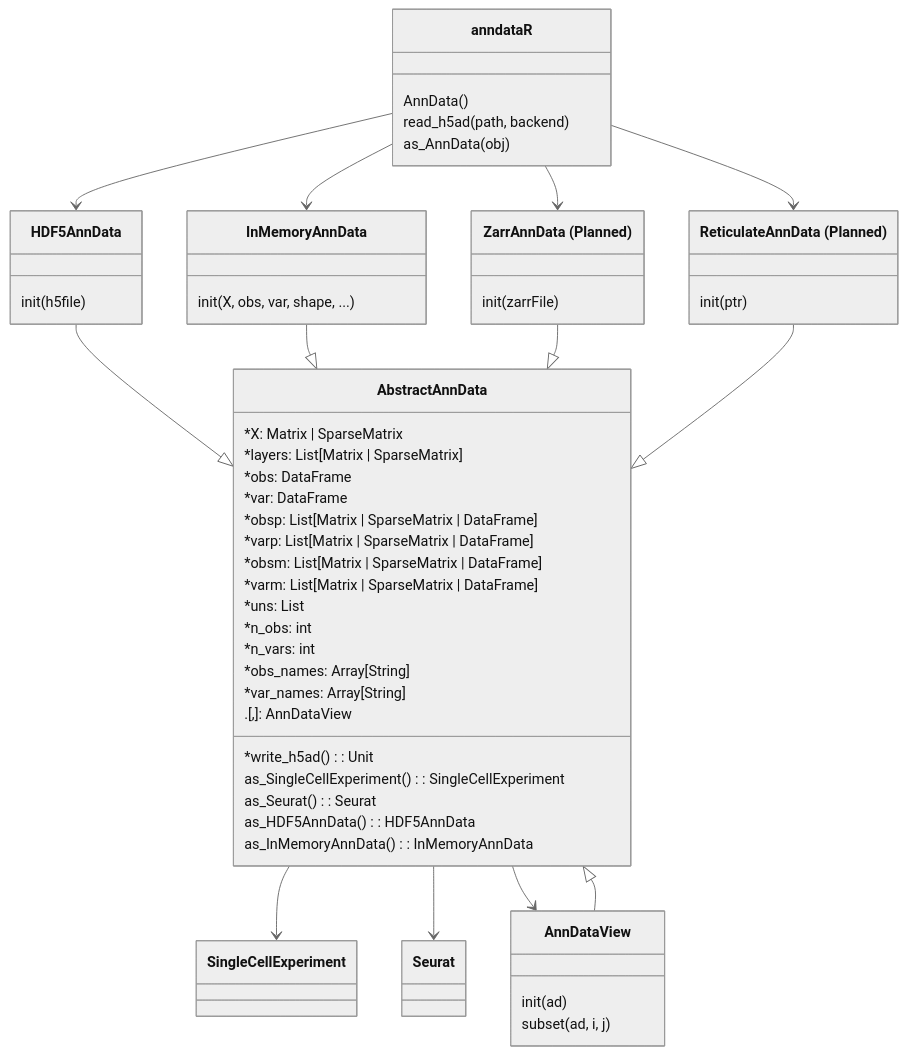
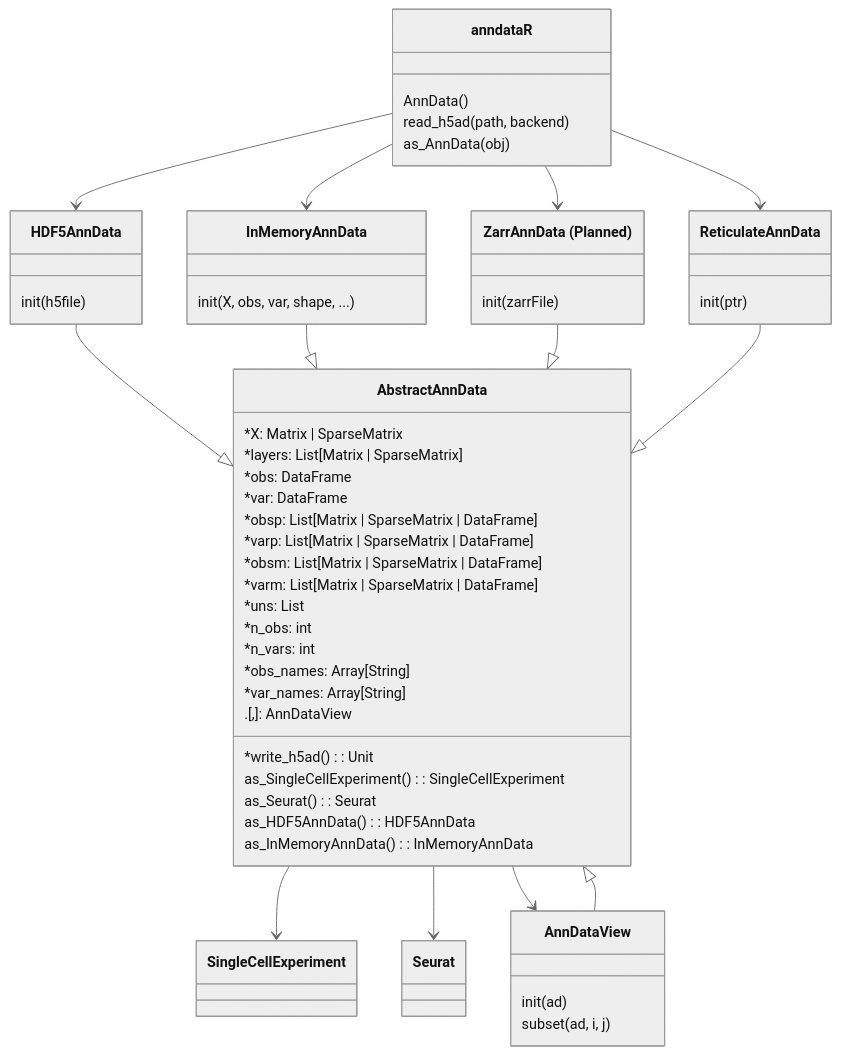
Before and after one commit to keller-mark/anndataR: the diagram in vignettes/diagrams/class_diagram.mmd, drawn with Mermaid (neutral theme). The commit also changed 38 other files, not shown here.

```diff
--- a/vignettes/diagrams/class_diagram.mmd
+++ b/vignettes/diagrams/class_diagram.mmd
@@ -1,70 +1,70 @@
 
 classDiagram
 
   class anndataR {
     AnnData()
     read_h5ad(path, backend)
     as_AnnData(obj)
   }
 
   class InMemoryAnnData {
     init(X, obs, var, shape, ...)
   }
 
   class HDF5AnnData {
     init(h5file)
   }
 
   class ZarrAnnData["ZarrAnnData (Planned)"] {
     init(zarrFile)
   }
-  class ReticulateAnnData["ReticulateAnnData (Planned)"] {
+  class ReticulateAnnData["ReticulateAnnData"] {
     init(ptr)
   }
 
   anndataR --> InMemoryAnnData
   anndataR --> HDF5AnnData
   anndataR --> ZarrAnnData
   anndataR --> ReticulateAnnData
 
   HDF5AnnData --|> AbstractAnnData
   InMemoryAnnData --|> AbstractAnnData
   ZarrAnnData --|> AbstractAnnData
   ReticulateAnnData --|> AbstractAnnData
   AnnDataView --|> AbstractAnnData
 
   
 
   class AbstractAnnData {
     *X: Matrix | SparseMatrix
     *layers: List[Matrix | SparseMatrix]
     *obs: DataFrame
     *var: DataFrame
     *obsp: List[Matrix | SparseMatrix | DataFrame]
     *varp: List[Matrix | SparseMatrix | DataFrame]
     *obsm: List[Matrix | SparseMatrix | DataFrame]
     *varm: List[Matrix | SparseMatrix | DataFrame]
     *uns: List
     *n_obs: int
     *n_vars: int
     *obs_names: Array[String]
     *var_names: Array[String]
     *write_h5ad(): Unit
 
     as_SingleCellExperiment(): SingleCellExperiment
     as_Seurat(): Seurat
 
     as_HDF5AnnData(): HDF5AnnData
     as_InMemoryAnnData(): InMemoryAnnData
 
     .[,]: AnnDataView
   }
 
   AbstractAnnData --> SingleCellExperiment
   AbstractAnnData --> Seurat
   AbstractAnnData --> AnnDataView
 
   class AnnDataView {
     init(ad)
     subset(ad, i, j)
   }
```
